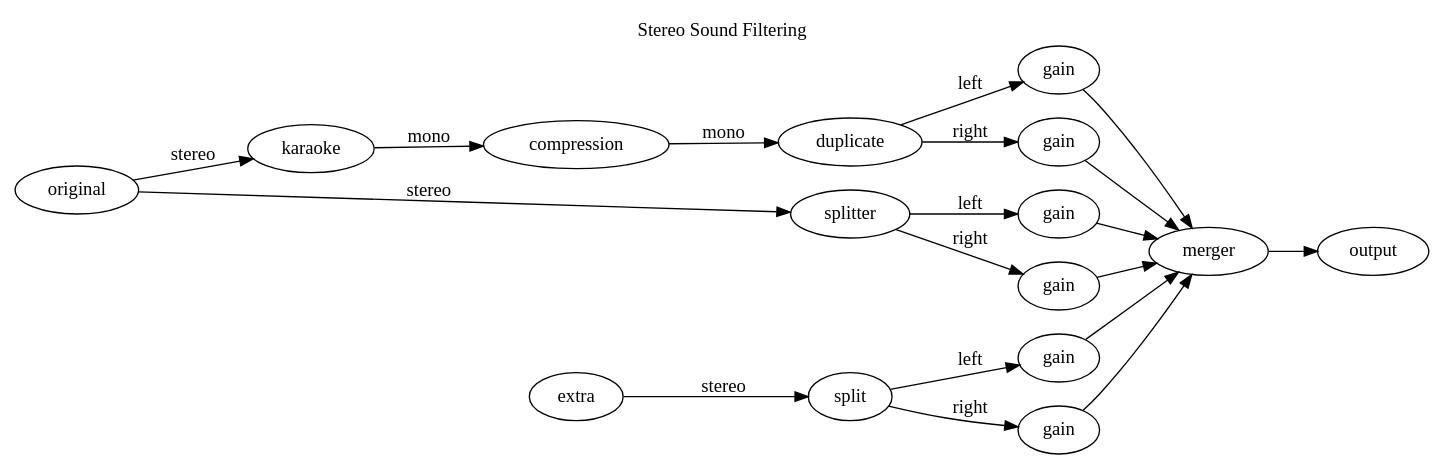
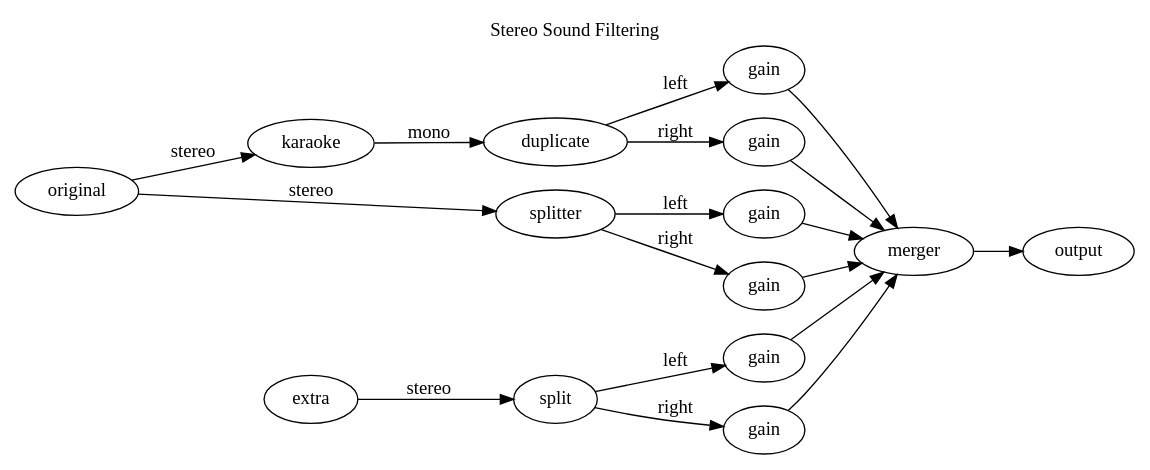
Before and after one commit to joeyparrish/upfish: the diagram in filter-graph-stereo.gv, drawn with Graphviz. The commit also changed 4 other files, not shown here.

```diff
--- a/filter-graph-stereo.gv
+++ b/filter-graph-stereo.gv
@@ -1,43 +1,42 @@
 digraph {
   label = "Stereo Sound Filtering"
   labelloc = "t"
   rankdir = "LR"
 
   original -> karaoke [label="stereo"];
-  karaoke -> compression [label="mono"];
+  karaoke -> duplicate [label="mono"];
 
   gain0 [label="gain"];
   gain1 [label="gain"];
 
-  compression -> duplicate [label="mono"];
   duplicate -> gain0 [label="left"];
   duplicate -> gain1 [label="right"];
 
   gain0 -> merger;
   gain1 -> merger;
 
   original -> splitter [label="stereo"];
 
   gain2 [label="gain"];
   gain3 [label="gain"];
 
   splitter -> gain2 [label="left"];
   splitter -> gain3 [label="right"];
 
   gain2 -> merger;
   gain3 -> merger;
 
   splitter2 [label="split"];
   extra -> splitter2 [label="stereo"];
 
   gain4 [label="gain"];
   gain5 [label="gain"];
 
   splitter2 -> gain4 [label="left"];
   splitter2 -> gain5 [label="right"];
 
   gain4 -> merger;
   gain5 -> merger;
 
   merger -> output;
 }
```
